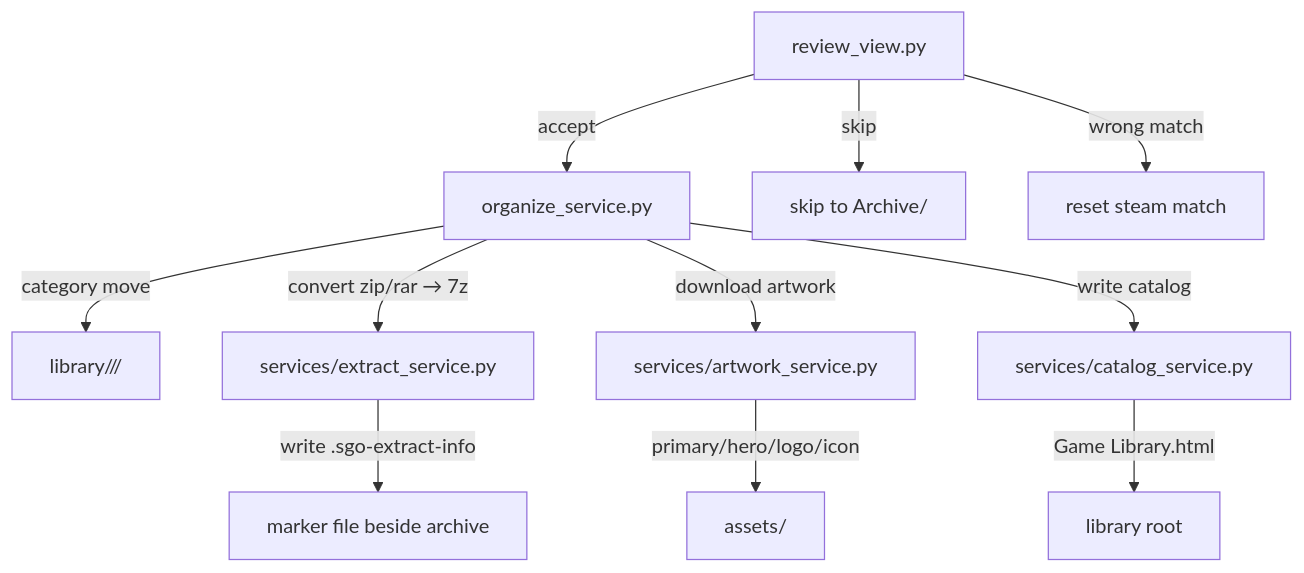
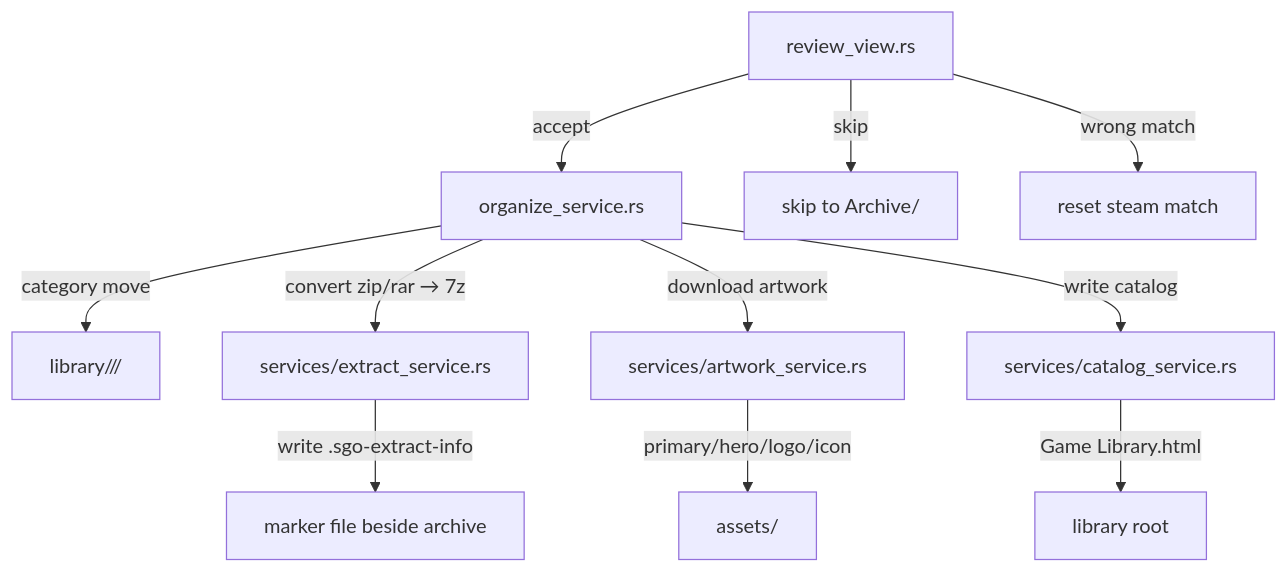
Before and after one commit to smd3235/steam-game-organizer: the third of 6 diagrams in ARCHITECTURE.md, drawn with Mermaid. The commit also changed other lines of this file and 399 other files, not shown here.

````diff
--- a/ARCHITECTURE.md
+++ b/ARCHITECTURE.md
@@ -327,13 +220,13 @@
 ```mermaid
 flowchart TD
-    A[review_view.py] -->|accept| B[organize_service.py]
+    A[review_view.rs] -->|accept| B[organize_service.rs]
     A -->|skip| C[skip to Archive/]
     A -->|wrong match| D[reset steam match]
     B -->|category move| D2[library/<category>/<game>/]
-    B -->|convert zip/rar → 7z| E[services/extract_service.py]
+    B -->|convert zip/rar → 7z| E[services/extract_service.rs]
     E -->|write .sgo-extract-info| F[marker file beside archive]
-    B -->|download artwork| G[services/artwork_service.py]
+    B -->|download artwork| G[services/artwork_service.rs]
     G -->|primary/hero/logo/icon| H[assets/]
-    B -->|write catalog| I[services/catalog_service.py]
+    B -->|write catalog| I[services/catalog_service.rs]
     I -->|Game Library.html| J[library root]
 ```
````
